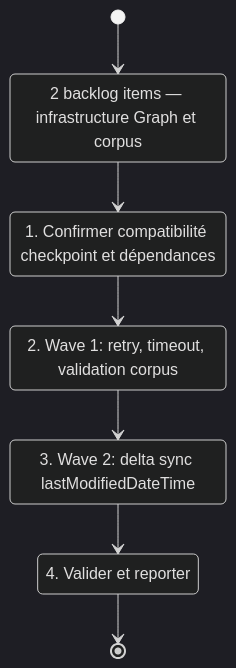
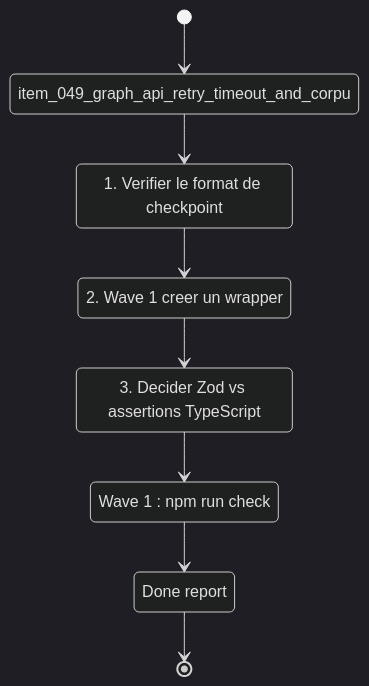
Before and after one commit to AlexAgo83/deepvault: the diagram in logics/tasks/task_019_infrastructure_hardening_graph_and_corpus.md, drawn with Mermaid (dark theme). The commit also changed 57 other files, not shown here.

````diff
--- a/logics/tasks/task_019_infrastructure_hardening_graph_and_corpus.md
+++ b/logics/tasks/task_019_infrastructure_hardening_graph_and_corpus.md
@@ -21,16 +21,18 @@
 ```mermaid
 %% logics-kind: task
 %% logics-signature: task|infrastructure-hardening-graph-api-and-c|item-049-graph-api-retry-timeout-and-cor|1-verifier-le-format-de-checkpoint|wave-1-npm-run-check
 stateDiagram-v2
-    state "2 backlog items — infrastructure Graph et corpus" as Backlog
-    state "1. Confirmer compatibilité checkpoint et dépendances" as Scope
-    state "2. Wave 1: retry, timeout, validation corpus" as Wave1
-    state "3. Wave 2: delta sync lastModifiedDateTime" as Wave2
-    state "4. Valider et reporter" as Report
+    state "item_049_graph_api_retry_timeout_and_corpu" as Backlog
+    state "1. Verifier le format de checkpoint" as Scope
+    state "2. Wave 1 creer un wrapper" as Build
+    state "3. Decider Zod vs assertions TypeScript" as Verify
+    state "Wave 1 : npm run check" as Validation
+    state "Done report" as Report
     [*] --> Backlog
     Backlog --> Scope
-    Scope --> Wave1
-    Wave1 --> Wave2
-    Wave2 --> Report
+    Scope --> Build
+    Build --> Verify
+    Verify --> Validation
+    Validation --> Report
     Report --> [*]
 ```
````
